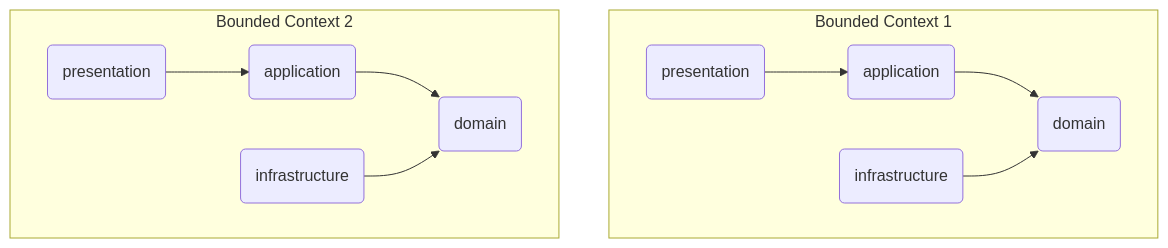
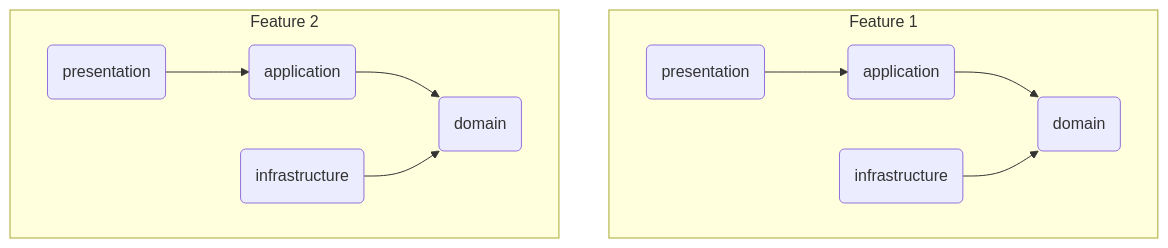
The first of 4 diagrams in README.md (Turnin-Dev/turnin-server), drawn with Mermaid before and after one commit. The commit also changed other lines of this file, not shown here.

````diff
--- a/README.md
+++ b/README.md
@@ -120,13 +119,13 @@
 ```mermaid
 flowchart TD
-    subgraph Bounded Context 1
+    subgraph Feature 1
         p(presentation) --> a(application)
         a --> d(domain)
         i(infrastructure) --> d
     end
-    subgraph Bounded Context 2
+    subgraph Feature 2
         p2(presentation) --> a2(application)
         a2 --> d2(domain)
         i2(infrastructure) --> d2
     end
 ```
````
